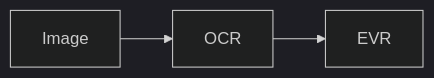
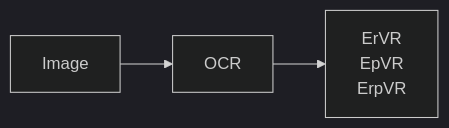
One commit to mariogarcia-ar/docflow changed the sixth of 8 diagrams in workflow.md. Above: the diagram before and after it, drawn with Mermaid (dark theme). The commit also changed other lines of this file, not shown here.

````diff
--- a/workflow.md
+++ b/workflow.md
@@ -174,4 +175,4 @@
 ```mermaid
 graph LR
-    A["Image"] --> B["OCR"] --> C["EVR"]
+    A["Image"] --> B["OCR"] --> C["ErVR<br/>EpVR<br/>ErpVR"]
 ```
````
